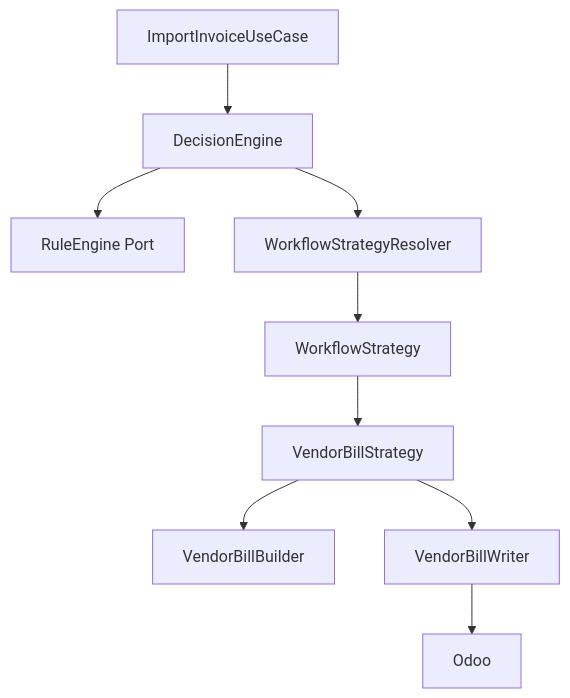
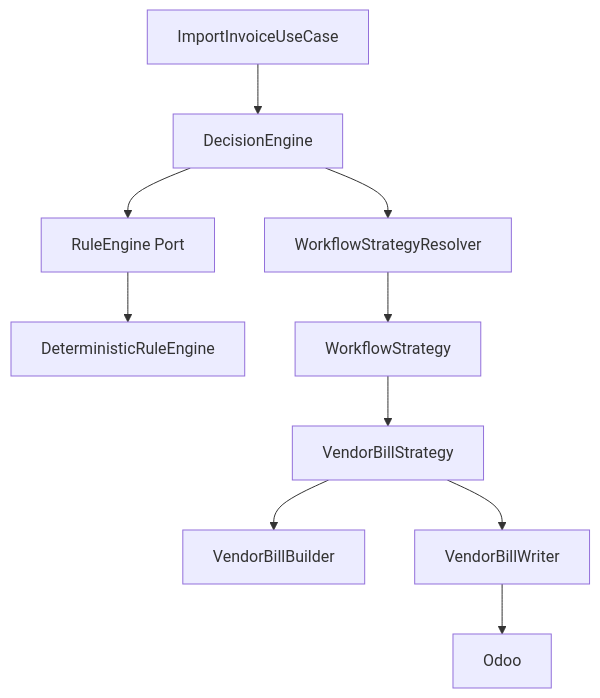
One commit to odurmazoglu/ict-integration-hub changed the fourth of 4 diagrams in docs/WORKFLOWS.md. Above: the diagram before and after it, drawn with Mermaid. The commit also changed other lines of this file and 11 other files, not shown here.

Commit message:
Add deterministic rule engine

````diff
--- a/docs/WORKFLOWS.md
+++ b/docs/WORKFLOWS.md
@@ -115,21 +121,23 @@
 ```mermaid
 flowchart TB
     ImportInvoiceUseCase[ImportInvoiceUseCase]
     DecisionEngine[DecisionEngine]
     RuleEngine[RuleEngine Port]
+    DeterministicRuleEngine[DeterministicRuleEngine]
     Resolver[WorkflowStrategyResolver]
     Strategy[WorkflowStrategy]
     VendorBillStrategy[VendorBillStrategy]
     VendorBillBuilder[VendorBillBuilder]
     VendorBillWriter[VendorBillWriter]
     Odoo[Odoo]
 
     ImportInvoiceUseCase --> DecisionEngine
     DecisionEngine --> RuleEngine
+    RuleEngine --> DeterministicRuleEngine
     DecisionEngine --> Resolver
     Resolver --> Strategy
     Strategy --> VendorBillStrategy
     VendorBillStrategy --> VendorBillBuilder
     VendorBillStrategy --> VendorBillWriter
     VendorBillWriter --> Odoo
 ```
````
